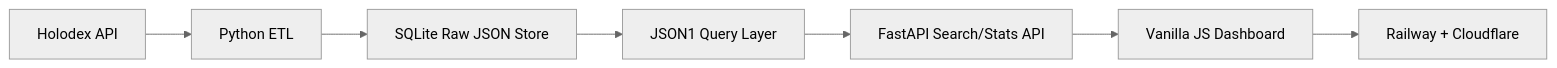
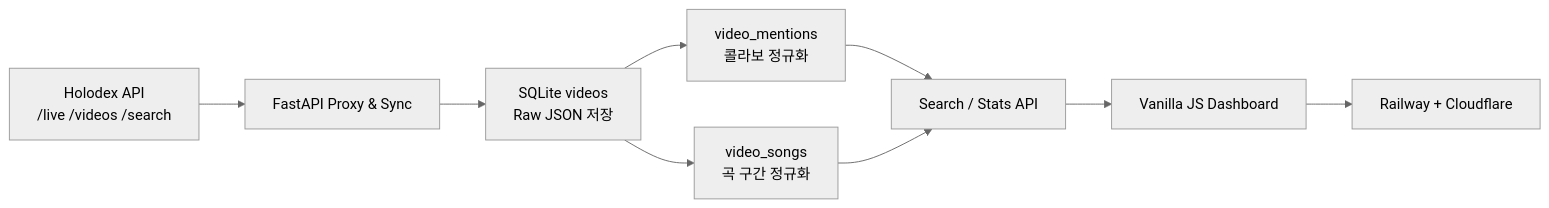
Before and after one commit to Fiamma445/Holodex-Api-Data-Search-Project: the second of 2 diagrams in README.md, drawn with Mermaid (neutral theme). The commit also changed other lines of this file and 80 other files, not shown here.

Commit message:
chore: sync portfolio with live HoloSearch service

````diff
--- a/README.md
+++ b/README.md
@@ -50,9 +52,11 @@
 ```mermaid
 flowchart LR
-    A["Holodex API"] --> B["Python ETL"]
-    B --> C["SQLite Raw JSON Store"]
-    C --> D["JSON1 Query Layer"]
-    D --> E["FastAPI Search/Stats API"]
-    E --> F["Vanilla JS Dashboard"]
-    F --> G["Railway + Cloudflare"]
+    A["Holodex API<br/>/live /videos /search"] --> B["FastAPI Proxy & Sync"]
+    B --> C["SQLite videos<br/>Raw JSON 저장"]
+    C --> D["video_mentions<br/>콜라보 정규화"]
+    C --> E["video_songs<br/>곡 구간 정규화"]
+    D --> F["Search / Stats API"]
+    E --> F
+    F --> G["Vanilla JS Dashboard"]
+    G --> H["Railway + Cloudflare"]
 ```
````
